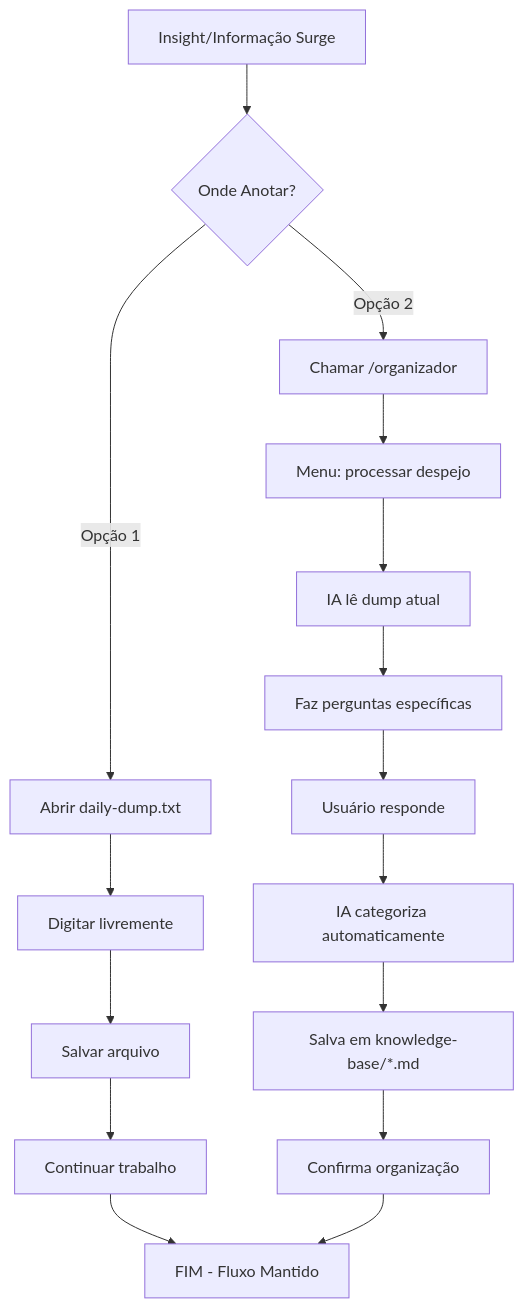
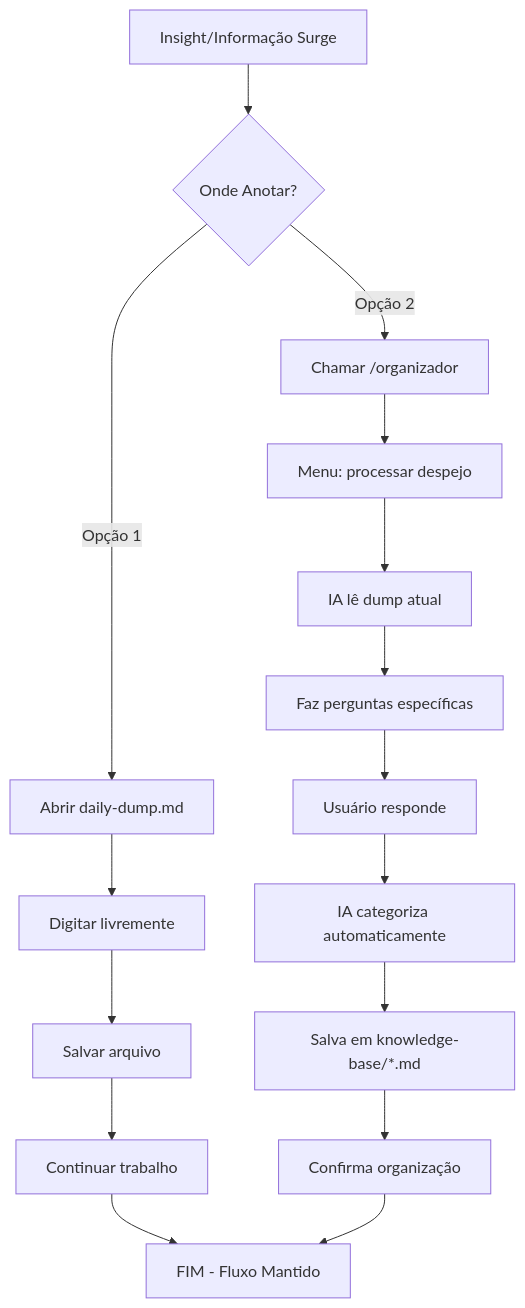
One commit to thiagotteles/assistente-pessoal-ia changed the second of 4 diagrams in docs/front-end-spec.md. Above: the diagram before and after it, drawn with Mermaid. The commit also changed other lines of this file and 64 other files, not shown here.

Commit message:
daily-dump.txt > daily-dump.md

````diff
--- a/docs/front-end-spec.md
+++ b/docs/front-end-spec.md
@@ -116,18 +116,18 @@
 ```mermaid
 graph TD
     A[Insight/Informação Surge] --> B{Onde Anotar?}
-    B -->|Opção 1| C[Abrir daily-dump.txt]
+    B -->|Opção 1| C[Abrir daily-dump.md]
     B -->|Opção 2| D[Chamar /organizador]
     C --> E[Digitar livremente]
     D --> F[Menu: processar despejo]
     E --> G[Salvar arquivo]
     F --> H[IA lê dump atual]
     G --> I[Continuar trabalho]
     H --> J[Faz perguntas específicas]
     J --> K[Usuário responde]
     K --> L[IA categoriza automaticamente]
     L --> M[Salva em knowledge-base/*.md]
     M --> N[Confirma organização]
     I --> O[FIM - Fluxo Mantido]
     N --> O
 ```
````
